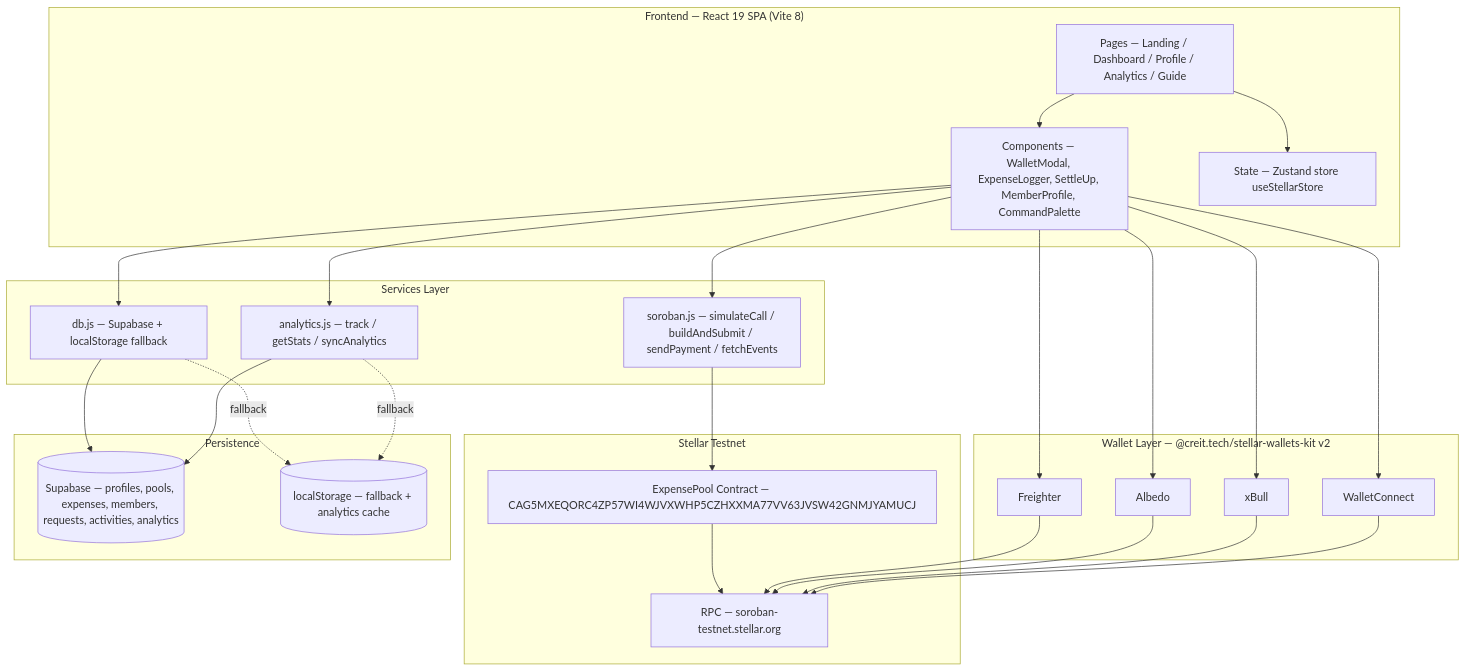
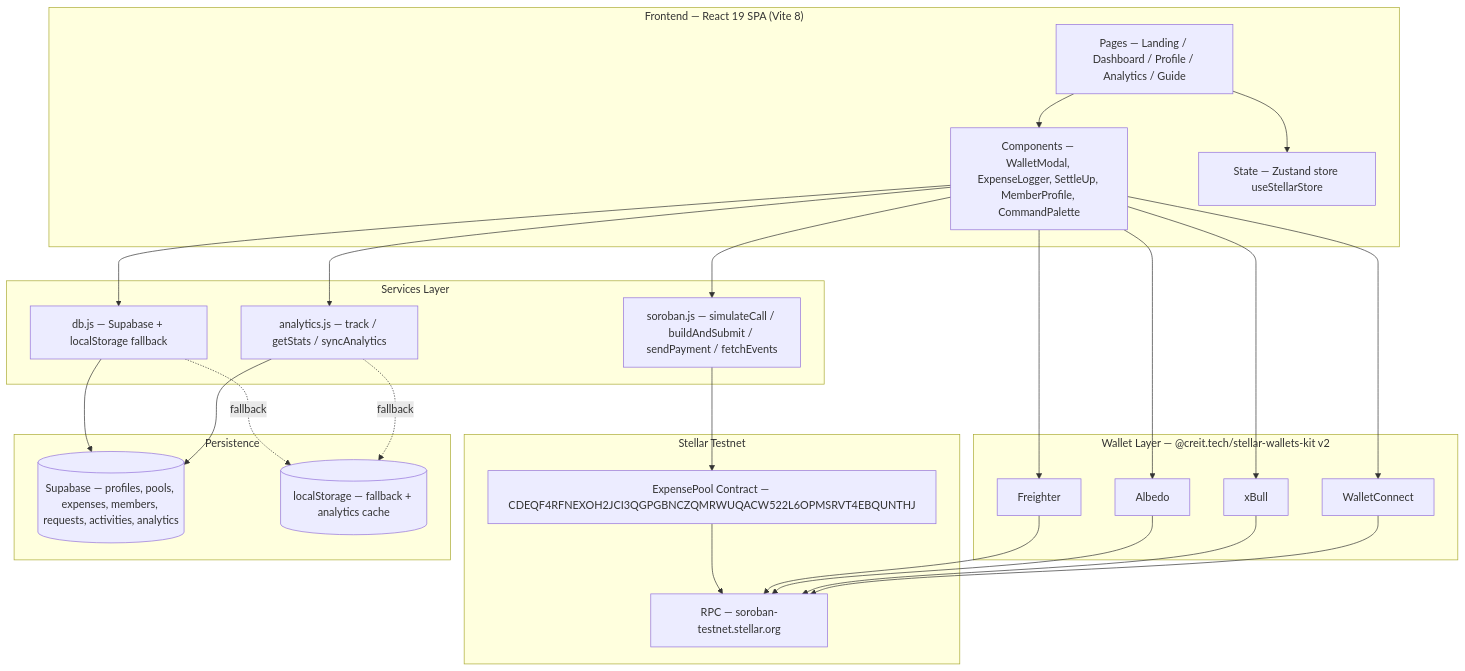
Before and after one commit to Anubhab-Rakshit/splitstellar: the first of 9 diagrams in ARCHITECTURE.md, drawn with Mermaid. The commit also changed other lines of this file and 35 other files, not shown here.

````diff
--- a/ARCHITECTURE.md
+++ b/ARCHITECTURE.md
@@ -14,45 +14,45 @@
 ```mermaid
 flowchart TB
     subgraph client["Frontend — React 19 SPA (Vite 8)"]
         P[Pages — Landing / Dashboard / Profile / Analytics / Guide]
         C[Components — WalletModal, ExpenseLogger, SettleUp, MemberProfile, CommandPalette]
         S[State — Zustand store useStellarStore]
     end
 
     subgraph services["Services Layer"]
         WB[soroban.js — simulateCall / buildAndSubmit / sendPayment / fetchEvents]
         DB[db.js — Supabase + localStorage fallback]
         AN[analytics.js — track / getStats / syncAnalytics]
     end
 
     subgraph wallet["Wallet Layer — @creit.tech/stellar-wallets-kit v2"]
         W1[Freighter]
         W2[Albedo]
         W3[xBull]
         W4[WalletConnect]
     end
 
     subgraph stellar["Stellar Testnet"]
         RPC[RPC — soroban-testnet.stellar.org]
-        CT[ExpensePool Contract — CAG5MXEQORC4ZP57WI4WJVXWHP5CZHXXMA77VV63JVSW42GNMJYAMUCJ]
+        CT[ExpensePool Contract — CDEQF4RFNEXOH2JCI3QGPGBNCZQMRWUQACW522L6OPMSRVT4EBQUNTHJ]
     end
 
     subgraph persist["Persistence"]
         SB[(Supabase — profiles, pools, expenses, members, requests, activities, analytics)]
         LS[(localStorage — fallback + analytics cache)]
     end
 
     P --> C
     P --> S
     C --> WB
     C --> DB
     C --> AN
     WB --> CT
     CT --> RPC
     C --> W1 & W2 & W3 & W4
     W1 & W2 & W3 & W4 --> RPC
     DB --> SB
     DB -. fallback .-> LS
     AN --> SB
     AN -. fallback .-> LS
 ```
````
